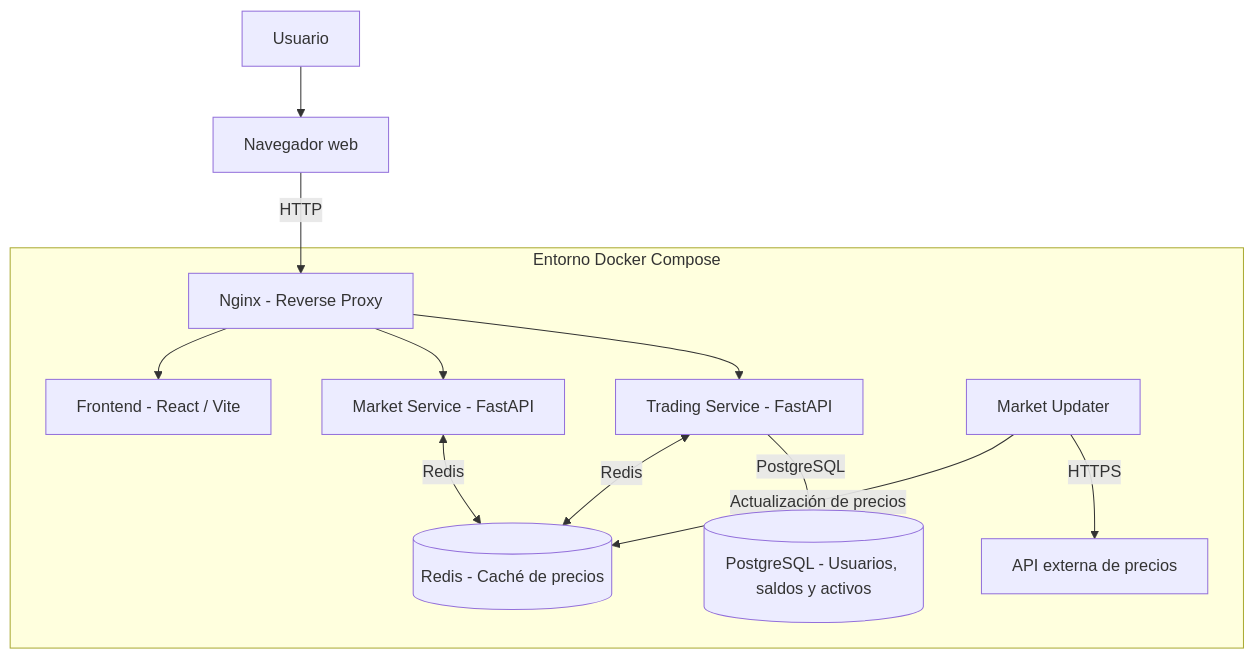
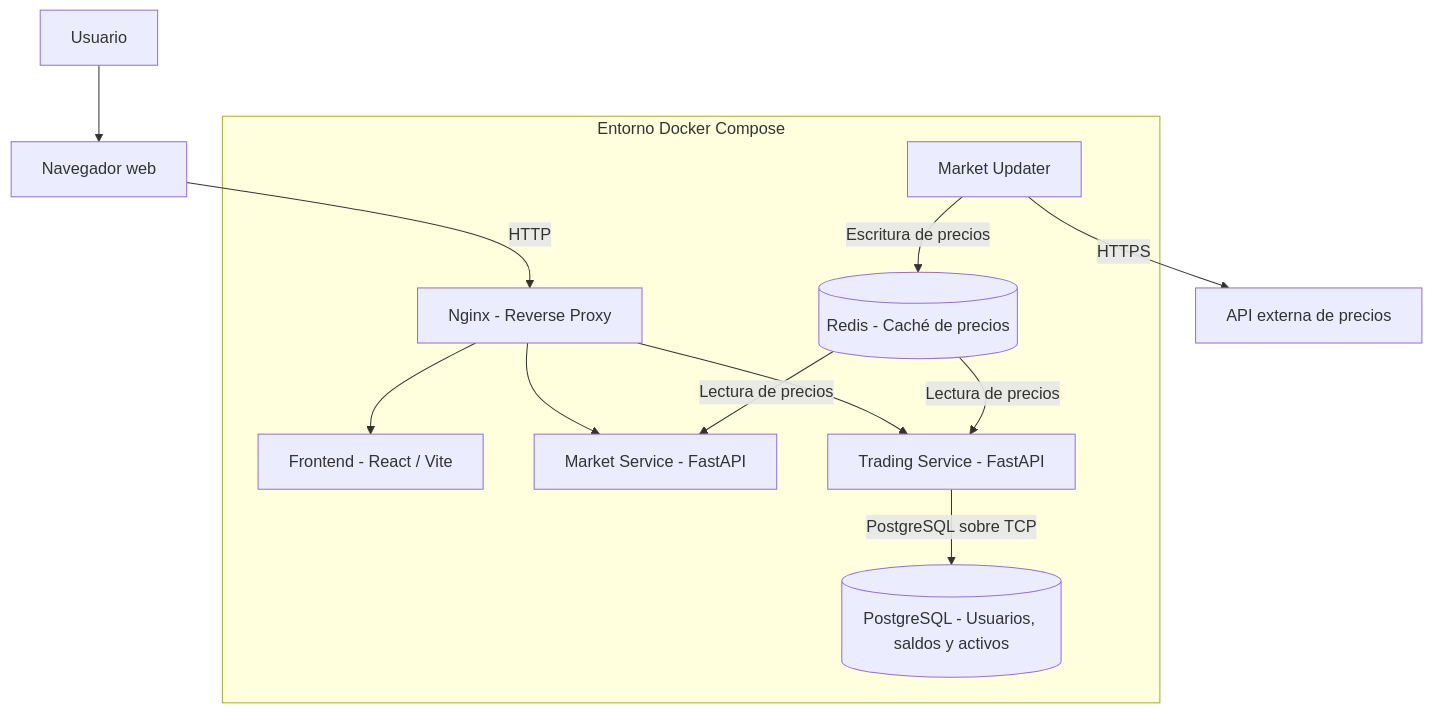
The diagram in README.md (Yasmine9MS/CC-Practica), drawn with Mermaid before and after one commit.

Commit message:
Docs: corrected arquitecture diagram

````diff
--- a/README.md
+++ b/README.md
@@ -81,29 +81,30 @@
 ```mermaid
 flowchart TB
     U["Usuario"]
     CLI["Navegador web"]
     EXT["API externa de precios"]
 
     subgraph DOCKER["Entorno Docker Compose"]
         PROXY["Nginx - Reverse Proxy"]
         FRONT["Frontend - React / Vite"]
         MARKET["Market Service - FastAPI"]
         TRADING["Trading Service - FastAPI"]
         UPDATER["Market Updater"]
         REDIS[("Redis - Caché de precios")]
         DB[("PostgreSQL - Usuarios, saldos y activos")]
 
         PROXY --> FRONT
         PROXY --> MARKET
         PROXY --> TRADING
 
-        MARKET <-->|"Redis"| REDIS
-        TRADING <-->|"Redis"| REDIS
-        TRADING -->|"PostgreSQL"| DB
-        UPDATER -->|"Actualización de precios"| REDIS
-        UPDATER -->|"HTTPS"| EXT
+        UPDATER -->|"Escritura de precios"| REDIS
+        REDIS -->|"Lectura de precios"| MARKET
+        REDIS -->|"Lectura de precios"| TRADING
+
+        TRADING -->|"PostgreSQL sobre TCP"| DB
     end
 
     U --> CLI
     CLI -->|"HTTP"| PROXY
+    UPDATER -->|"HTTPS"| EXT
 ```
````
